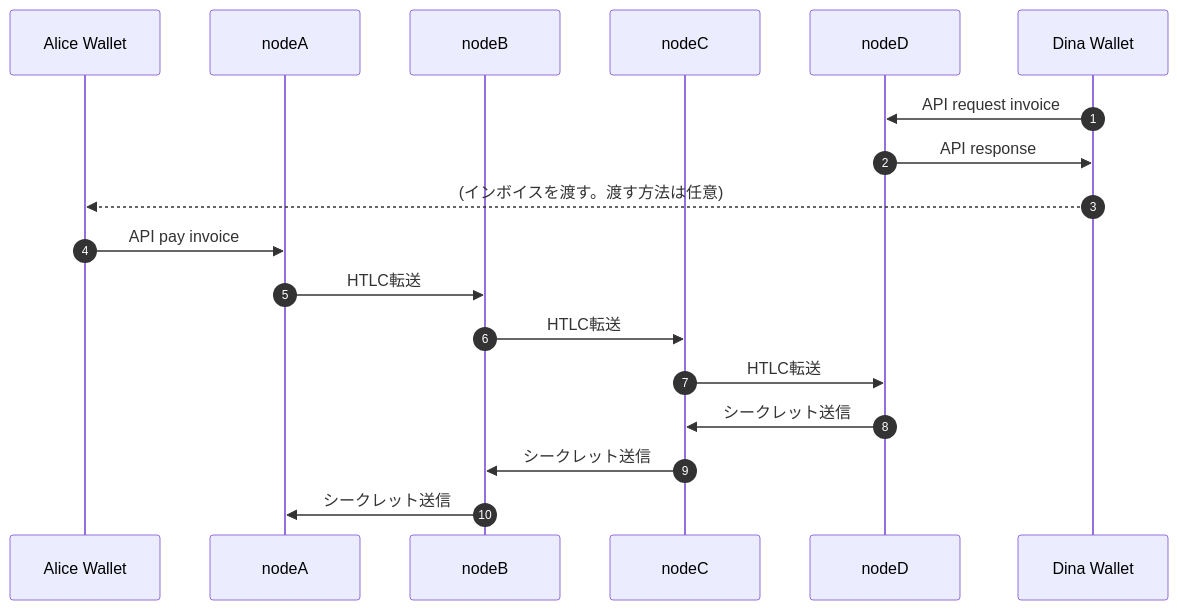
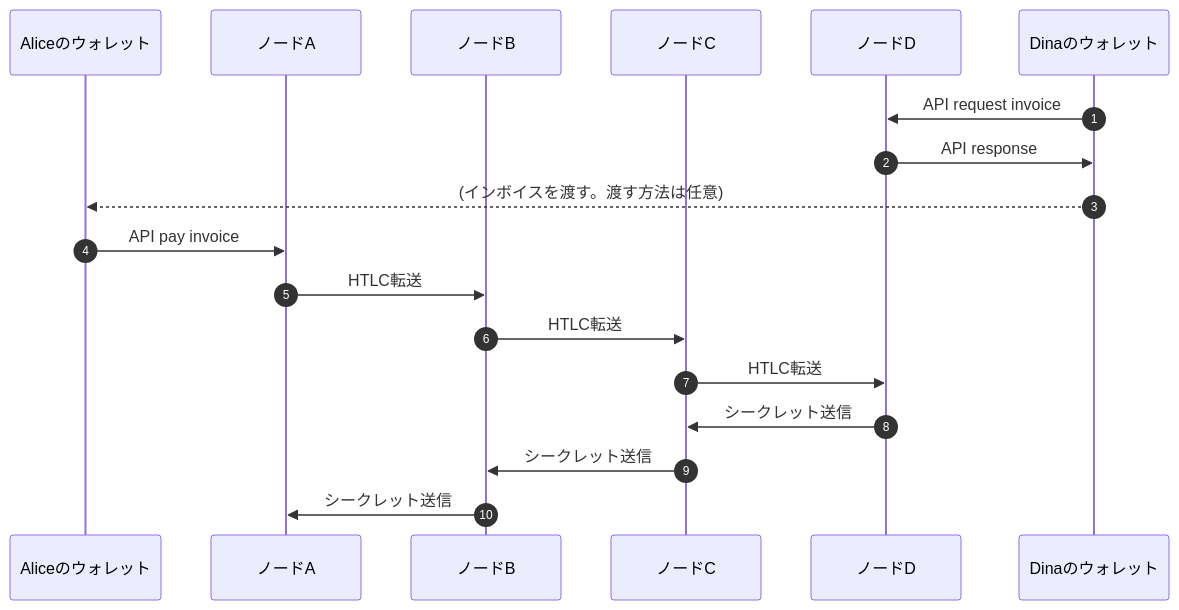
The diagram in LN_payInvoice.md (GDur4n66/my-documents), drawn with Mermaid before and after one commit. The commit also changed other lines of this file, not shown here.

````diff
--- a/LN_payInvoice.md
+++ b/LN_payInvoice.md
@@ -1,24 +6,24 @@
 ```mermaid
 sequenceDiagram
-    participant Alice Wallet
-    participant nodeA
-    participant nodeB
-    participant nodeC
-    participant nodeD
-    participant Dina Wallet
+    participant Aliceのウォレット
+    participant ノードA
+    participant ノードB
+    participant ノードC
+    participant ノードD
+    participant Dinaのウォレット
 
     autonumber
-    Dina Wallet->>nodeD: API request invoice
-    nodeD->>Dina Wallet: API response
-    Dina Wallet-->>Alice Wallet: (インボイスを渡す。渡す方法は任意)
+    Dinaのウォレット->>ノードD: API request invoice
+    ノードD->>Dinaのウォレット: API response
+    Dinaのウォレット-->>Aliceのウォレット: (インボイスを渡す。渡す方法は任意)
 
-    Alice Wallet->>nodeA: API pay invoice
+    Aliceのウォレット->>ノードA: API pay invoice
 
-    nodeA->>nodeB: HTLC転送
-    nodeB->>nodeC: HTLC転送
-    nodeC->>nodeD: HTLC転送
-    nodeD->>nodeC: シークレット送信
-    nodeC->>nodeB: シークレット送信
-    nodeB->>nodeA: シークレット送信
+    ノードA->>ノードB: HTLC転送
+    ノードB->>ノードC: HTLC転送
+    ノードC->>ノードD: HTLC転送
+    ノードD->>ノードC: シークレット送信
+    ノードC->>ノードB: シークレット送信
+    ノードB->>ノードA: シークレット送信
 
 ```
````
